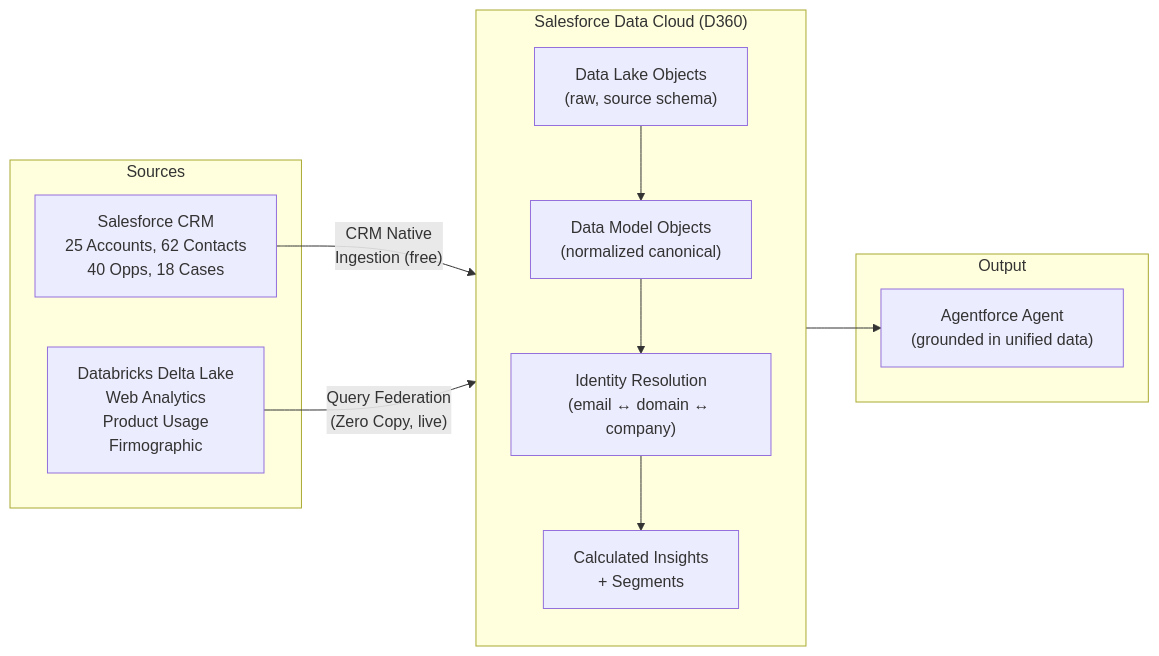
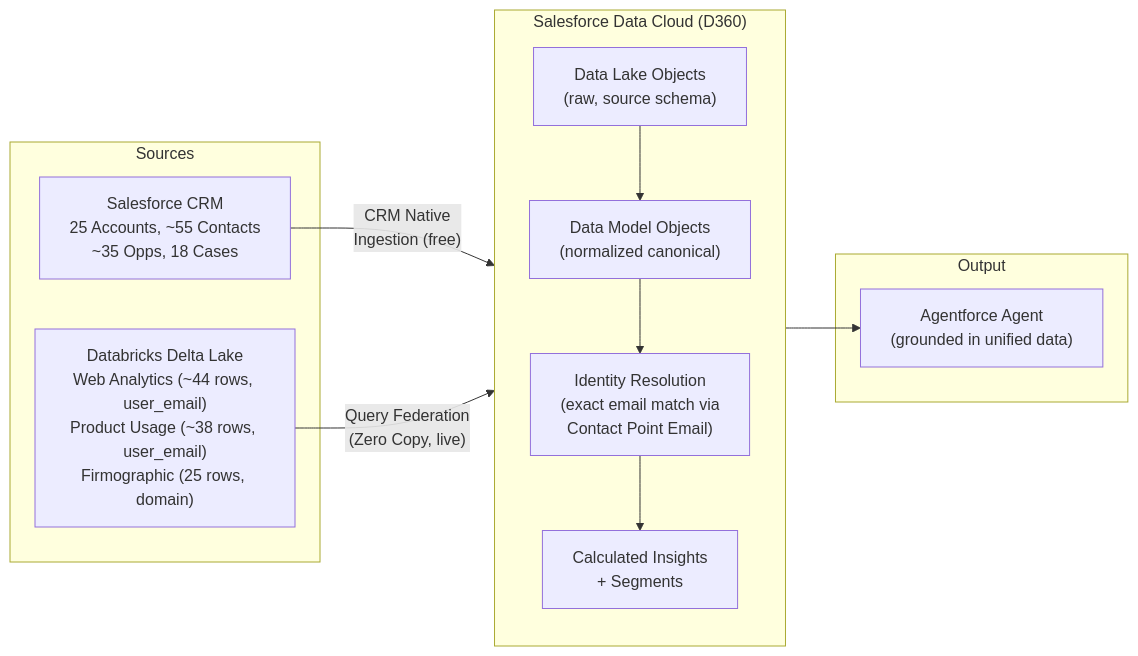
One commit to btriani/salesforce-d360-agentforce-lab changed the first of 4 diagrams in README.md. Above: the diagram before and after it, drawn with Mermaid. The commit also changed other lines of this file and 1 other file, not shown here.

Commit message:
docs: update root and lab READMEs with redesigned architecture

````diff
--- a/README.md
+++ b/README.md
@@ -5,26 +5,26 @@
 ```mermaid
 graph LR
     subgraph Sources
-        CRM["Salesforce CRM<br/>25 Accounts, 62 Contacts<br/>40 Opps, 18 Cases"]
-        DBX["Databricks Delta Lake<br/>Web Analytics<br/>Product Usage<br/>Firmographic"]
+        CRM["Salesforce CRM<br/>25 Accounts, ~55 Contacts<br/>~35 Opps, 18 Cases"]
+        DBX["Databricks Delta Lake<br/>Web Analytics (~44 rows, user_email)<br/>Product Usage (~38 rows, user_email)<br/>Firmographic (25 rows, domain)"]
     end
 
     subgraph D360["Salesforce Data Cloud (D360)"]
         direction TB
         DLO["Data Lake Objects<br/>(raw, source schema)"]
         DMO["Data Model Objects<br/>(normalized canonical)"]
-        IR["Identity Resolution<br/>(email ↔ domain ↔ company)"]
+        IR["Identity Resolution<br/>(exact email match via<br/>Contact Point Email)"]
         CI["Calculated Insights<br/>+ Segments"]
     end
 
     subgraph Output
         AF["Agentforce Agent<br/>(grounded in unified data)"]
     end
 
     CRM -->|"CRM Native<br/>Ingestion (free)"| DLO
     DBX -->|"Query Federation<br/>(Zero Copy, live)"| DLO
     DLO --> DMO
     DMO --> IR
     IR --> CI
     CI --> AF
 ```
````
